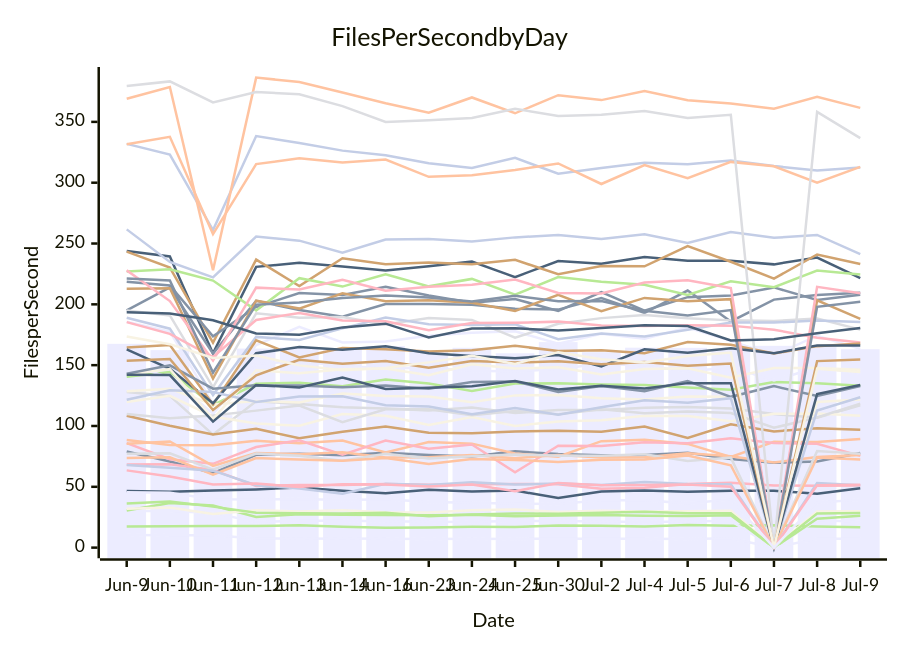
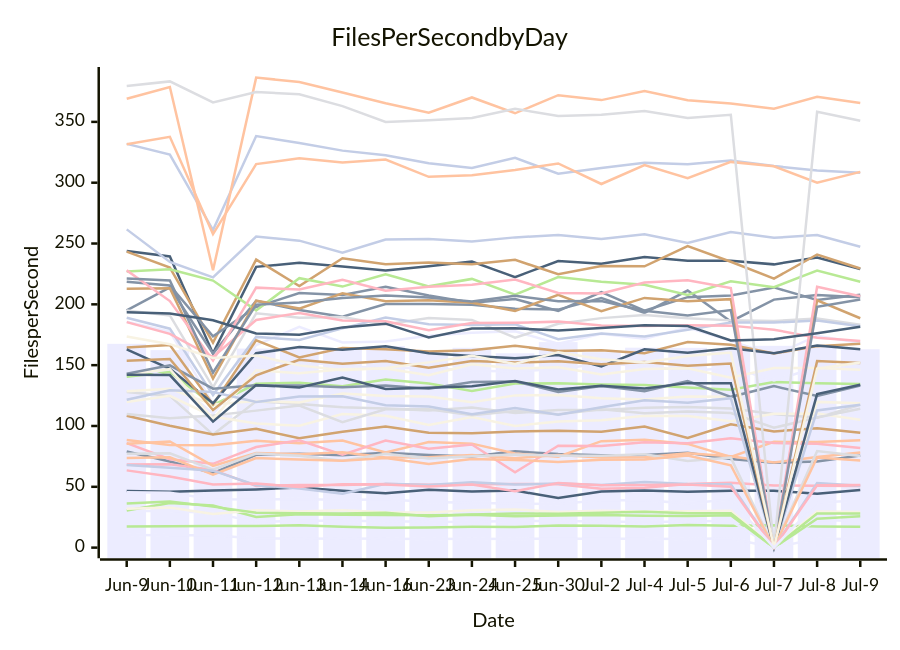
Before and after one commit to streetsidesoftware/cspell: the diagram in perf-report.md, drawn with Mermaid. The commit also changed other lines of this file and 1 other file, not shown here.

````diff
--- a/perf-report.md
+++ b/perf-report.md
@@ -10,57 +10,57 @@
 ```mermaid
 xychart-beta
     title Files Per Second by Day
     y-axis Files per Second
     x-axis Date [Jun-9, Jun-10, Jun-11, Jun-12, Jun-13, Jun-14, Jun-16, Jun-23, Jun-24, Jun-25, Jun-30, Jul-2, Jul-4, Jul-5, Jul-6, Jul-7, Jul-8, Jul-9]
-    bar [167.55, 162.35, 108.94, 163.62, 164.52, 162.91, 165.65, 161.06, 164.28, 159.75, 168.95, 160.66, 164.38, 164.27, 162.48, 165.90, 164.83, 163.10]
-    line [79.01, 70.82, 61.30, 76.37, 77.13, 76.03, 78.06, 76.22, 74.88, 79.14, 76.99, 75.88, 76.09, 78.08, 72.78, 69.82, 70.79, 77.77]
-    line [88.45, 84.36, 84.11, 87.88, 85.81, 88.09, 78.16, 86.88, 85.49, 77.34, 74.76, 87.51, 88.59, 85.26, 74.62, 86.95, 86.80, 89.24]
-    line [127.99, 124.73, 92.95, 120.36, 118.07, 115.35, 114.38, 112.71, 115.12, 110.67, 113.20, 113.18, 115.07, 115.63, 114.45, 109.79, 106.87, 116.99]
-    line [17.41, 17.50, 17.71, 17.68, 18.34, 17.12, 16.25, 16.59, 17.11, 17.00, 18.16, 17.94, 17.30, 18.64, 18.07, 18.36, 17.45, 16.79]
-    line [108.40, 100.17, 93.09, 97.72, 89.92, 95.33, 99.63, 94.35, 94.02, 95.44, 96.15, 95.34, 99.55, 90.07, 101.41, 95.54, 98.21, 96.89]
-    line [331.90, 323.14, 261.07, 338.35, 332.69, 326.37, 322.64, 316.02, 312.10, 320.45, 307.34, 312.08, 316.35, 315.20, 318.22, 313.66, 310.11, 312.49]
-    line [68.40, 68.60, 63.88, 50.72, 51.41, 51.47, 52.39, 51.73, 51.82, 52.39, 52.00, 48.43, 49.22, 52.34, 53.26, 51.10, 50.86, 51.15]
-    line [243.79, 239.33, 159.65, 230.81, 234.11, 231.13, 227.87, 231.36, 235.26, 222.40, 235.59, 233.45, 238.97, 235.75, 235.89, 232.86, 238.48, 221.64]
-    line [119.64, 124.80, 107.83, 101.96, 100.16, 109.91, 108.33, 100.84, 107.27, 100.09, 103.62, 104.63, 108.43, 108.27, 103.96, 110.08, 110.20, 108.47]
-    line [185.74, 177.64, 118.63, 166.53, 181.43, 168.60, 169.42, 174.24, 176.57, 177.80, 167.68, 175.75, 171.75, 180.95, 169.97, 158.13, 174.21, 163.36]
-    line [194.96, 213.85, 159.52, 202.89, 195.38, 189.84, 200.33, 200.19, 199.73, 196.39, 195.67, 205.11, 192.90, 211.35, 185.93, 203.88, 207.58, 209.52]
-    line [331.53, 337.68, 257.72, 315.29, 320.05, 316.70, 318.97, 304.83, 306.07, 310.41, 315.81, 298.93, 314.56, 303.69, 317.11, 313.48, 300.01, 312.98]
-    line [195.01, 190.90, 131.77, 192.67, 189.08, 189.64, 183.39, 188.80, 187.17, 172.53, 184.06, 188.67, 191.18, 188.53, 186.82, 186.30, 188.38, 179.20]
-    line [140.57, 144.39, 117.16, 134.67, 135.55, 132.71, 138.18, 135.01, 128.78, 135.00, 135.05, 134.05, 133.73, 131.56, 129.78, 136.12, 135.18, 133.16]
-    line [243.35, 230.21, 168.52, 236.78, 215.01, 237.87, 232.93, 234.34, 233.01, 236.58, 224.78, 231.59, 231.28, 247.94, 235.03, 221.17, 240.95, 233.12]
-    line [188.91, 180.00, 125.49, 173.22, 170.75, 180.24, 189.10, 183.71, 182.95, 183.62, 171.28, 176.05, 173.54, 179.14, 185.15, 184.99, 186.71, 185.57]
-    line [185.39, 175.70, 156.70, 187.10, 192.94, 186.79, 186.02, 178.80, 184.67, 184.84, 185.79, 182.56, 182.17, 182.82, 182.50, 179.12, 172.62, 168.71]
-    line [46.64, 45.94, 46.92, 47.88, 49.42, 46.70, 44.72, 47.61, 46.18, 46.86, 40.79, 46.17, 47.03, 45.86, 46.70, 46.74, 44.23, 48.73]
-    line [128.55, 130.54, 117.59, 120.60, 119.36, 126.68, 124.68, 124.29, 119.55, 125.16, 125.39, 122.70, 121.73, 124.30, 123.97, 0.00, 119.80, 121.69]
-    line [150.81, 139.91, 110.07, 150.95, 153.45, 149.19, 147.76, 147.78, 145.47, 144.87, 146.87, 151.06, 149.73, 144.88, 148.36, 137.35, 148.23, 143.43]
-    line [218.63, 215.45, 173.74, 197.78, 209.33, 207.61, 214.45, 207.28, 201.26, 204.34, 194.65, 210.00, 194.85, 205.89, 207.36, 213.92, 203.52, 207.84]
-    line [369.07, 378.68, 227.98, 386.38, 382.81, 374.09, 365.35, 357.60, 370.08, 357.07, 371.96, 367.90, 375.27, 367.85, 365.20, 360.83, 370.59, 361.51]
-    line [109.84, 106.42, 108.66, 112.63, 116.73, 103.14, 113.74, 113.71, 108.86, 112.34, 109.73, 113.68, 110.37, 111.97, 110.64, 98.54, 106.95, 118.34]
-    line [227.02, 228.77, 219.57, 195.02, 221.53, 214.60, 224.77, 214.79, 220.92, 207.92, 222.39, 218.49, 216.06, 207.77, 218.95, 214.11, 227.80, 224.46]
-    line [164.46, 166.51, 117.60, 170.47, 156.38, 164.16, 163.15, 161.29, 162.24, 165.87, 161.72, 162.26, 159.82, 169.05, 166.75, 159.60, 165.64, 167.79]
-    line [261.63, 234.80, 222.16, 255.69, 252.37, 242.53, 253.26, 253.77, 251.67, 255.05, 257.07, 253.64, 257.67, 250.47, 259.54, 254.67, 257.07, 241.20]
-    line [85.93, 72.73, 68.90, 82.72, 88.26, 76.41, 88.08, 81.29, 84.76, 61.88, 83.73, 83.48, 86.69, 85.83, 89.91, 85.92, 85.41, 75.41]
-    line [162.90, 146.98, 118.64, 159.81, 164.92, 162.77, 165.48, 159.81, 157.56, 155.70, 158.25, 148.90, 163.02, 160.27, 163.84, 159.78, 166.09, 166.11]
-    line [142.40, 146.80, 105.67, 145.87, 143.36, 146.61, 147.23, 141.81, 150.65, 147.20, 148.34, 142.33, 146.88, 147.38, 139.67, 147.57, 147.61, 146.16]
-    line [30.11, 30.11, 28.55, 21.08, 22.04, 22.18, 21.66, 21.30, 21.15, 22.00, 21.90, 21.51, 21.13, 21.43, 22.00, 0.00, 22.72, 21.15]
-    line [143.02, 149.83, 130.69, 133.43, 133.31, 131.91, 133.18, 130.59, 136.24, 136.67, 127.99, 132.91, 128.52, 136.97, 123.97, 132.77, 124.67, 132.76]
-    line [85.33, 87.27, 67.23, 77.70, 76.81, 78.39, 74.00, 74.26, 76.13, 73.45, 76.23, 74.07, 74.35, 77.62, 75.07, 70.03, 74.46, 76.24]
-    line [77.10, 77.48, 64.05, 77.39, 75.61, 71.46, 77.16, 73.34, 75.14, 76.59, 75.51, 75.45, 76.79, 71.21, 73.99, 0.00, 79.33, 77.13]
-    line [30.45, 36.74, 34.61, 25.22, 27.49, 26.99, 26.84, 26.60, 26.95, 25.71, 26.35, 26.84, 26.11, 26.06, 26.52, 0.00, 23.76, 26.30]
-    line [212.77, 213.18, 139.00, 202.99, 196.51, 209.12, 202.60, 203.46, 201.26, 194.60, 207.89, 194.40, 205.29, 202.49, 204.26, 0.00, 203.31, 188.12]
-    line [121.53, 129.30, 127.90, 119.77, 124.29, 124.35, 117.01, 116.01, 109.65, 114.81, 109.29, 115.47, 121.09, 119.06, 122.86, 0.00, 112.77, 123.63]
-    line [227.92, 202.72, 153.79, 213.73, 212.23, 220.18, 211.27, 214.37, 216.02, 220.47, 209.37, 208.94, 217.94, 219.88, 213.33, 0.00, 214.36, 209.03]
-    line [142.05, 141.88, 103.59, 133.58, 131.67, 139.76, 130.35, 131.39, 132.60, 136.92, 129.95, 133.16, 130.87, 135.23, 135.13, 0.00, 126.22, 133.75]
-    line [31.95, 32.91, 27.58, 30.74, 29.76, 30.63, 29.07, 28.80, 30.64, 31.41, 29.25, 30.37, 29.62, 29.89, 30.35, 0.00, 29.68, 29.83]
-    line [10.41, 10.23, 10.15, 7.58, 7.35, 7.42, 7.28, 7.12, 7.22, 7.17, 7.37, 7.23, 7.36, 6.99, 7.61, 0.00, 7.24, 7.24]
-    line [221.21, 219.70, 143.90, 199.78, 201.47, 205.17, 207.22, 205.60, 202.43, 207.02, 202.54, 202.72, 194.67, 190.86, 195.33, 0.00, 197.97, 202.15]
-    line [73.74, 74.27, 59.93, 73.62, 72.46, 71.40, 73.58, 68.82, 72.77, 72.13, 70.38, 72.17, 72.40, 75.76, 67.72, 0.00, 74.05, 72.52]
-    line [379.55, 383.29, 365.99, 374.63, 372.72, 362.93, 349.94, 351.35, 353.13, 360.69, 354.83, 355.80, 359.03, 353.22, 355.88, 0.00, 358.26, 336.66]
-    line [36.25, 37.82, 33.71, 28.61, 28.16, 28.05, 28.76, 25.82, 27.29, 28.03, 27.82, 28.74, 29.48, 28.36, 28.34, 0.00, 27.98, 28.43]
-    line [153.60, 155.11, 113.07, 141.70, 154.36, 151.21, 153.33, 147.83, 153.51, 152.15, 153.26, 150.82, 152.56, 149.61, 151.37, 0.00, 153.34, 154.63]
-    line [67.89, 65.57, 63.26, 51.25, 48.63, 44.36, 52.41, 51.44, 53.68, 51.84, 52.69, 51.50, 53.98, 52.25, 52.09, 0.00, 53.03, 51.37]
-    line [63.50, 58.41, 51.82, 52.68, 49.85, 52.20, 51.85, 50.23, 51.87, 46.40, 53.06, 51.19, 51.40, 51.86, 50.10, 0.00, 51.21, 51.70]
-    line [193.40, 192.55, 186.93, 176.04, 174.92, 181.06, 184.11, 172.84, 180.05, 180.38, 178.52, 180.47, 182.90, 182.10, 170.31, 171.39, 176.15, 180.49]
-    line [173.55, 167.26, 155.87, 157.93, 149.82, 145.84, 147.63, 152.29, 157.67, 151.07, 160.69, 154.94, 152.23, 157.47, 160.32, 0.00, 147.14, 144.29]
-    line [45.48, 45.06, 39.72, 39.47, 40.00, 39.07, 39.70, 37.48, 36.99, 36.10, 35.86, 38.94, 38.99, 36.38, 39.71, 0.00, 37.09, 39.39]
+    bar [167.55, 162.35, 108.94, 163.62, 164.52, 162.91, 165.65, 161.06, 164.28, 159.75, 168.95, 160.66, 164.38, 164.27, 162.48, 165.90, 164.83, 163.05]
+    line [79.01, 70.82, 61.30, 76.37, 77.13, 76.03, 78.06, 76.22, 74.88, 79.14, 76.99, 75.88, 76.09, 78.08, 72.78, 69.82, 70.79, 75.77]
+    line [88.45, 84.36, 84.11, 87.88, 85.81, 88.09, 78.16, 86.88, 85.49, 77.34, 74.76, 87.51, 88.59, 85.26, 74.62, 86.95, 86.80, 88.24]
+    line [127.99, 124.73, 92.95, 120.36, 118.07, 115.35, 114.38, 112.71, 115.12, 110.67, 113.20, 113.18, 115.07, 115.63, 114.45, 109.79, 106.87, 117.37]
+    line [17.41, 17.50, 17.71, 17.68, 18.34, 17.12, 16.25, 16.59, 17.11, 17.00, 18.16, 17.94, 17.30, 18.64, 18.07, 18.36, 17.45, 17.16]
+    line [108.40, 100.17, 93.09, 97.72, 89.92, 95.33, 99.63, 94.35, 94.02, 95.44, 96.15, 95.34, 99.55, 90.07, 101.41, 95.54, 98.21, 94.52]
+    line [331.90, 323.14, 261.07, 338.35, 332.69, 326.37, 322.64, 316.02, 312.10, 320.45, 307.34, 312.08, 316.35, 315.20, 318.22, 313.66, 310.11, 308.24]
+    line [68.40, 68.60, 63.88, 50.72, 51.41, 51.47, 52.39, 51.73, 51.82, 52.39, 52.00, 48.43, 49.22, 52.34, 53.26, 51.10, 50.86, 50.66]
+    line [243.79, 239.33, 159.65, 230.81, 234.11, 231.13, 227.87, 231.36, 235.26, 222.40, 235.59, 233.45, 238.97, 235.75, 235.89, 232.86, 238.48, 229.00]
+    line [119.64, 124.80, 107.83, 101.96, 100.16, 109.91, 108.33, 100.84, 107.27, 100.09, 103.62, 104.63, 108.43, 108.27, 103.96, 110.08, 110.20, 105.06]
+    line [185.74, 177.64, 118.63, 166.53, 181.43, 168.60, 169.42, 174.24, 176.57, 177.80, 167.68, 175.75, 171.75, 180.95, 169.97, 158.13, 174.21, 168.28]
+    line [194.96, 213.85, 159.52, 202.89, 195.38, 189.84, 200.33, 200.19, 199.73, 196.39, 195.67, 205.11, 192.90, 211.35, 185.93, 203.88, 207.58, 205.87]
+    line [331.53, 337.68, 257.72, 315.29, 320.05, 316.70, 318.97, 304.83, 306.07, 310.41, 315.81, 298.93, 314.56, 303.69, 317.11, 313.48, 300.01, 308.91]
+    line [195.01, 190.90, 131.77, 192.67, 189.08, 189.64, 183.39, 188.80, 187.17, 172.53, 184.06, 188.67, 191.18, 188.53, 186.82, 186.30, 188.38, 183.25]
+    line [140.57, 144.39, 117.16, 134.67, 135.55, 132.71, 138.18, 135.01, 128.78, 135.00, 135.05, 134.05, 133.73, 131.56, 129.78, 136.12, 135.18, 134.44]
+    line [243.35, 230.21, 168.52, 236.78, 215.01, 237.87, 232.93, 234.34, 233.01, 236.58, 224.78, 231.59, 231.28, 247.94, 235.03, 221.17, 240.95, 229.51]
+    line [188.91, 180.00, 125.49, 173.22, 170.75, 180.24, 189.10, 183.71, 182.95, 183.62, 171.28, 176.05, 173.54, 179.14, 185.15, 184.99, 186.71, 181.92]
+    line [185.39, 175.70, 156.70, 187.10, 192.94, 186.79, 186.02, 178.80, 184.67, 184.84, 185.79, 182.56, 182.17, 182.82, 182.50, 179.12, 172.62, 169.88]
+    line [46.64, 45.94, 46.92, 47.88, 49.42, 46.70, 44.72, 47.61, 46.18, 46.86, 40.79, 46.17, 47.03, 45.86, 46.70, 46.74, 44.23, 47.36]
+    line [128.55, 130.54, 117.59, 120.60, 119.36, 126.68, 124.68, 124.29, 119.55, 125.16, 125.39, 122.70, 121.73, 124.30, 123.97, 0.00, 119.80, 118.70]
+    line [150.81, 139.91, 110.07, 150.95, 153.45, 149.19, 147.76, 147.78, 145.47, 144.87, 146.87, 151.06, 149.73, 144.88, 148.36, 137.35, 148.23, 146.43]
+    line [218.63, 215.45, 173.74, 197.78, 209.33, 207.61, 214.45, 207.28, 201.26, 204.34, 194.65, 210.00, 194.85, 205.89, 207.36, 213.92, 203.52, 207.94]
+    line [369.07, 378.68, 227.98, 386.38, 382.81, 374.09, 365.35, 357.60, 370.08, 357.07, 371.96, 367.90, 375.27, 367.85, 365.20, 360.83, 370.59, 365.59]
+    line [109.84, 106.42, 108.66, 112.63, 116.73, 103.14, 113.74, 113.71, 108.86, 112.34, 109.73, 113.68, 110.37, 111.97, 110.64, 98.54, 106.95, 114.12]
+    line [227.02, 228.77, 219.57, 195.02, 221.53, 214.60, 224.77, 214.79, 220.92, 207.92, 222.39, 218.49, 216.06, 207.77, 218.95, 214.11, 227.80, 218.56]
+    line [164.46, 166.51, 117.60, 170.47, 156.38, 164.16, 163.15, 161.29, 162.24, 165.87, 161.72, 162.26, 159.82, 169.05, 166.75, 159.60, 165.64, 167.61]
+    line [261.63, 234.80, 222.16, 255.69, 252.37, 242.53, 253.26, 253.77, 251.67, 255.05, 257.07, 253.64, 257.67, 250.47, 259.54, 254.67, 257.07, 247.35]
+    line [85.93, 72.73, 68.90, 82.72, 88.26, 76.41, 88.08, 81.29, 84.76, 61.88, 83.73, 83.48, 86.69, 85.83, 89.91, 85.92, 85.41, 81.93]
+    line [162.90, 146.98, 118.64, 159.81, 164.92, 162.77, 165.48, 159.81, 157.56, 155.70, 158.25, 148.90, 163.02, 160.27, 163.84, 159.78, 166.09, 162.99]
+    line [142.40, 146.80, 105.67, 145.87, 143.36, 146.61, 147.23, 141.81, 150.65, 147.20, 148.34, 142.33, 146.88, 147.38, 139.67, 147.57, 147.61, 146.15]
+    line [30.11, 30.11, 28.55, 21.08, 22.04, 22.18, 21.66, 21.30, 21.15, 22.00, 21.90, 21.51, 21.13, 21.43, 22.00, 0.00, 22.72, 21.87]
+    line [143.02, 149.83, 130.69, 133.43, 133.31, 131.91, 133.18, 130.59, 136.24, 136.67, 127.99, 132.91, 128.52, 136.97, 123.97, 132.77, 124.67, 133.15]
+    line [85.33, 87.27, 67.23, 77.70, 76.81, 78.39, 74.00, 74.26, 76.13, 73.45, 76.23, 74.07, 74.35, 77.62, 75.07, 70.03, 74.46, 78.13]
+    line [77.10, 77.48, 64.05, 77.39, 75.61, 71.46, 77.16, 73.34, 75.14, 76.59, 75.51, 75.45, 76.79, 71.21, 73.99, 0.00, 79.33, 75.23]
+    line [30.45, 36.74, 34.61, 25.22, 27.49, 26.99, 26.84, 26.60, 26.95, 25.71, 26.35, 26.84, 26.11, 26.06, 26.52, 0.00, 23.76, 25.86]
+    line [212.77, 213.18, 139.00, 202.99, 196.51, 209.12, 202.60, 203.46, 201.26, 194.60, 207.89, 194.40, 205.29, 202.49, 204.26, 0.00, 203.31, 188.55]
+    line [121.53, 129.30, 127.90, 119.77, 124.29, 124.35, 117.01, 116.01, 109.65, 114.81, 109.29, 115.47, 121.09, 119.06, 122.86, 0.00, 112.77, 117.49]
+    line [227.92, 202.72, 153.79, 213.73, 212.23, 220.18, 211.27, 214.37, 216.02, 220.47, 209.37, 208.94, 217.94, 219.88, 213.33, 0.00, 214.36, 206.61]
+    line [142.05, 141.88, 103.59, 133.58, 131.67, 139.76, 130.35, 131.39, 132.60, 136.92, 129.95, 133.16, 130.87, 135.23, 135.13, 0.00, 126.22, 133.87]
+    line [31.95, 32.91, 27.58, 30.74, 29.76, 30.63, 29.07, 28.80, 30.64, 31.41, 29.25, 30.37, 29.62, 29.89, 30.35, 0.00, 29.68, 29.34]
+    line [10.41, 10.23, 10.15, 7.58, 7.35, 7.42, 7.28, 7.12, 7.22, 7.17, 7.37, 7.23, 7.36, 6.99, 7.61, 0.00, 7.24, 7.01]
+    line [221.21, 219.70, 143.90, 199.78, 201.47, 205.17, 207.22, 205.60, 202.43, 207.02, 202.54, 202.72, 194.67, 190.86, 195.33, 0.00, 197.97, 203.94]
+    line [73.74, 74.27, 59.93, 73.62, 72.46, 71.40, 73.58, 68.82, 72.77, 72.13, 70.38, 72.17, 72.40, 75.76, 67.72, 0.00, 74.05, 71.58]
+    line [379.55, 383.29, 365.99, 374.63, 372.72, 362.93, 349.94, 351.35, 353.13, 360.69, 354.83, 355.80, 359.03, 353.22, 355.88, 0.00, 358.26, 350.93]
+    line [36.25, 37.82, 33.71, 28.61, 28.16, 28.05, 28.76, 25.82, 27.29, 28.03, 27.82, 28.74, 29.48, 28.36, 28.34, 0.00, 27.98, 28.10]
+    line [153.60, 155.11, 113.07, 141.70, 154.36, 151.21, 153.33, 147.83, 153.51, 152.15, 153.26, 150.82, 152.56, 149.61, 151.37, 0.00, 153.34, 151.79]
+    line [67.89, 65.57, 63.26, 51.25, 48.63, 44.36, 52.41, 51.44, 53.68, 51.84, 52.69, 51.50, 53.98, 52.25, 52.09, 0.00, 53.03, 50.88]
+    line [63.50, 58.41, 51.82, 52.68, 49.85, 52.20, 51.85, 50.23, 51.87, 46.40, 53.06, 51.19, 51.40, 51.86, 50.10, 0.00, 51.21, 51.39]
+    line [193.40, 192.55, 186.93, 176.04, 174.92, 181.06, 184.11, 172.84, 180.05, 180.38, 178.52, 180.47, 182.90, 182.10, 170.31, 171.39, 176.15, 181.65]
+    line [173.55, 167.26, 155.87, 157.93, 149.82, 145.84, 147.63, 152.29, 157.67, 151.07, 160.69, 154.94, 152.23, 157.47, 160.32, 0.00, 147.14, 152.12]
+    line [45.48, 45.06, 39.72, 39.47, 40.00, 39.07, 39.70, 37.48, 36.99, 36.10, 35.86, 38.94, 38.99, 36.38, 39.71, 0.00, 37.09, 38.73]
 ```
````
